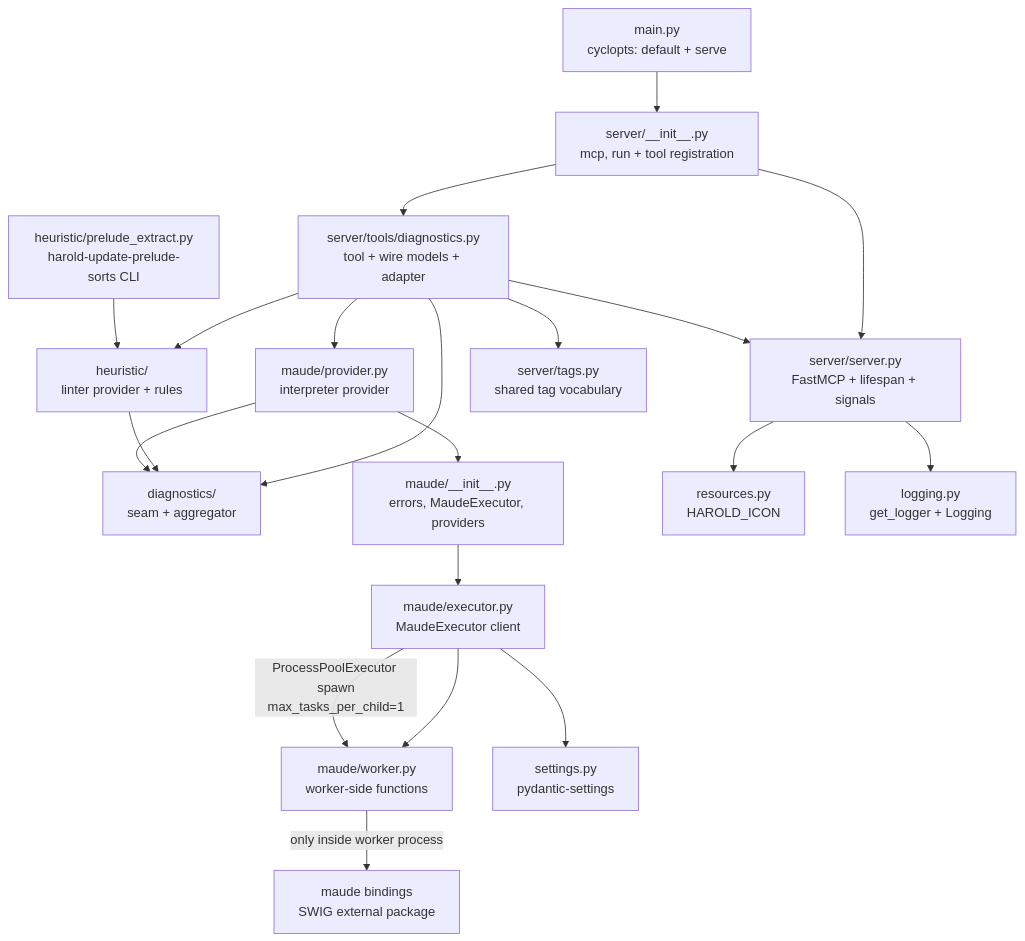
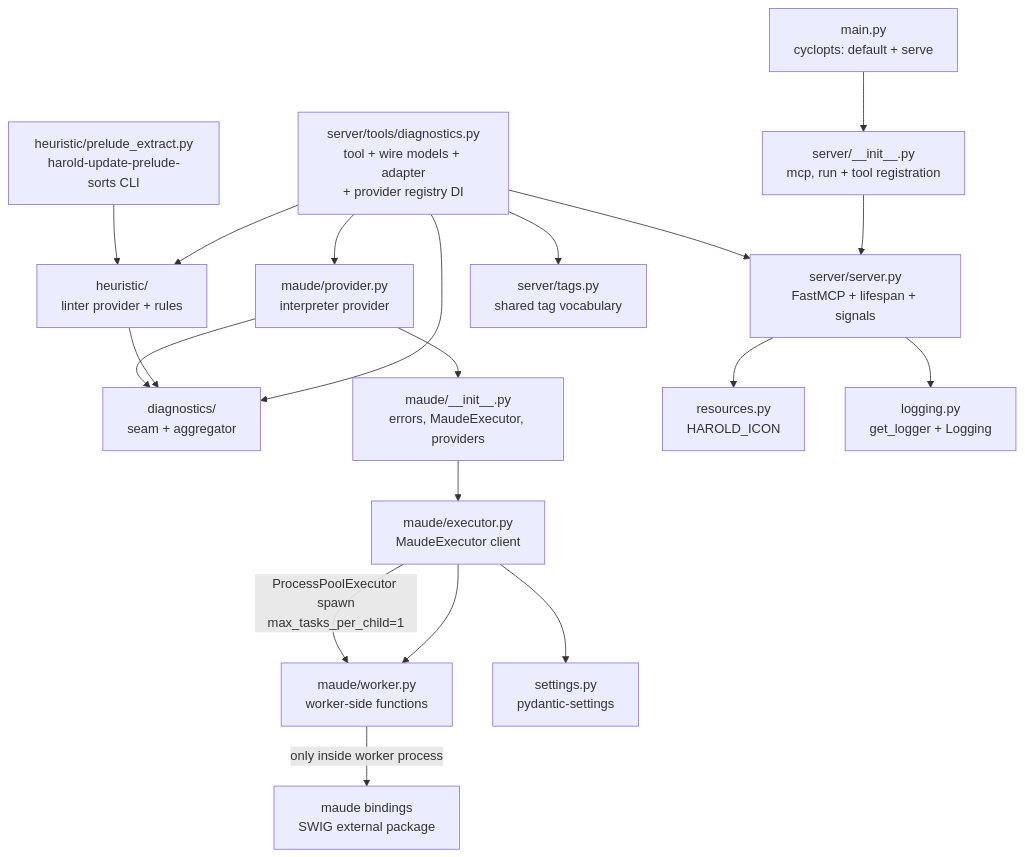
The first of 2 diagrams in harold-mcp/.agents/summary/architecture.md (demiourgoi/Harold), drawn with Mermaid before and after one commit. The commit also changed other lines of this file and 8 other files, not shown here.

````diff
--- a/harold-mcp/.agents/summary/architecture.md
+++ b/harold-mcp/.agents/summary/architecture.md
@@ -34,22 +34,22 @@
 ```mermaid
 graph TB
     main[main.py<br>cyclopts: default + serve] --> serverpkg[server/__init__.py<br>mcp, run + tool registration]
     serverpkg --> serversrv[server/server.py<br>FastMCP + lifespan + signals]
-    serverpkg --> tools[server/tools/diagnostics.py<br>tool + wire models + adapter]
+    tools[server/tools/diagnostics.py<br>tool + wire models + adapter<br>+ provider registry DI]
     tools --> diagpkg[diagnostics/<br>seam + aggregator]
     tools --> heurpkg[heuristic/<br>linter provider + rules]
     tools --> maudeprov[maude/provider.py<br>interpreter provider]
     tools --> serversrv
     tools --> tags[server/tags.py<br>shared tag vocabulary]
     heurpkg --> diagpkg
     maudeprov --> diagpkg
     maudeprov --> maudepkg[maude/__init__.py<br>errors, MaudeExecutor, providers]
     maudepkg --> executor[maude/executor.py<br>MaudeExecutor client]
     executor --> worker[maude/worker.py<br>worker-side functions]
     executor --> settings[settings.py<br>pydantic-settings]
     worker -->|only inside worker process| bindings[maude bindings<br>SWIG external package]
     executor -->|ProcessPoolExecutor spawn<br>max_tasks_per_child=1| worker
     cli[heuristic/prelude_extract.py<br>harold-update-prelude-sorts CLI] --> heurpkg
     serversrv --> resources[resources.py<br>HAROLD_ICON]
     serversrv --> logging[logging.py<br>get_logger + Logging]
 ```
````
